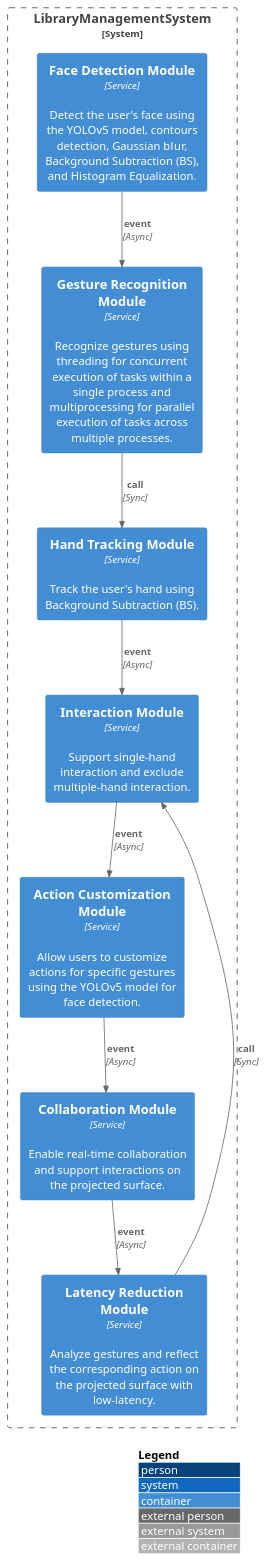
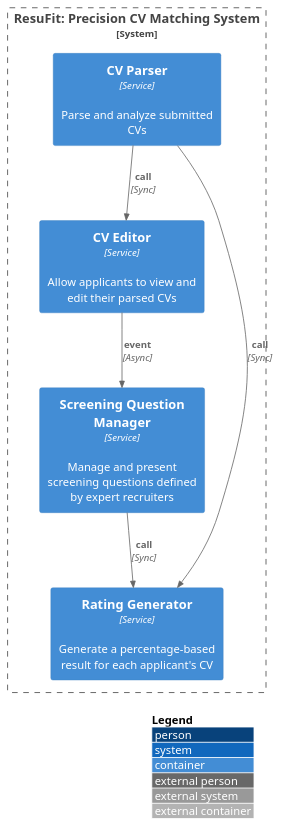
The diagram in data/outputs/architecture_c4.puml (hanaAbdelwahab/GPARCHIMIND), drawn with PlantUML before and after one commit. The commit also changed 20 other files, not shown here.

```diff
--- a/data/outputs/architecture_c4.puml
+++ b/data/outputs/architecture_c4.puml
@@ -1,20 +1,14 @@
 @startuml
 !include https://raw.githubusercontent.com/plantuml-stdlib/C4-PlantUML/master/C4_Container.puml
 LAYOUT_WITH_LEGEND()
-System_Boundary(LibraryManagementSystem, "LibraryManagementSystem") {
-  Container(FaceDetectionModule, "Face Detection Module", "Service", "Detect the user's face using the YOLOv5 model, contours detection, Gaussian blur, Background Subtraction (BS), and Histogram Equalization.")
-  Container(GestureRecognitionModule, "Gesture Recognition Module", "Service", "Recognize gestures using threading for concurrent execution of tasks within a single process and multiprocessing for parallel execution of tasks across multiple processes.")
-  Container(HandTrackingModule, "Hand Tracking Module", "Service", "Track the user's hand using Background Subtraction (BS).")
-  Container(InteractionModule, "Interaction Module", "Service", "Support single-hand interaction and exclude multiple-hand interaction.")
-  Container(ActionCustomizationModule, "Action Customization Module", "Service", "Allow users to customize actions for specific gestures using the YOLOv5 model for face detection.")
-  Container(CollaborationModule, "Collaboration Module", "Service", "Enable real-time collaboration and support interactions on the projected surface.")
-  Container(LatencyReductionModule, "Latency Reduction Module", "Service", "Analyze gestures and reflect the corresponding action on the projected surface with low-latency.")
+System_Boundary(ResuFitPrecisionCVMatchingSystem, "ResuFit: Precision CV Matching System") {
+  Container(CVParser, "CV Parser", "Service", "Parse and analyze submitted CVs")
+  Container(CVEditor, "CV Editor", "Service", "Allow applicants to view and edit their parsed CVs")
+  Container(ScreeningQuestionManager, "Screening Question Manager", "Service", "Manage and present screening questions defined by expert recruiters")
+  Container(RatingGenerator, "Rating Generator", "Service", "Generate a percentage-based result for each applicant's CV")
 }
-Rel(FaceDetectionModule, GestureRecognitionModule, "event", "Async")
-Rel(GestureRecognitionModule, HandTrackingModule, "call", "Sync")
-Rel(HandTrackingModule, InteractionModule, "event", "Async")
-Rel(InteractionModule, ActionCustomizationModule, "event", "Async")
-Rel(ActionCustomizationModule, CollaborationModule, "event", "Async")
-Rel(CollaborationModule, LatencyReductionModule, "event", "Async")
-Rel(LatencyReductionModule, InteractionModule, "call", "Sync")
+Rel(CVParser, CVEditor, "call", "Sync")
+Rel(CVEditor, ScreeningQuestionManager, "event", "Async")
+Rel(ScreeningQuestionManager, RatingGenerator, "call", "Sync")
+Rel(CVParser, RatingGenerator, "call", "Sync")
 @enduml
```
